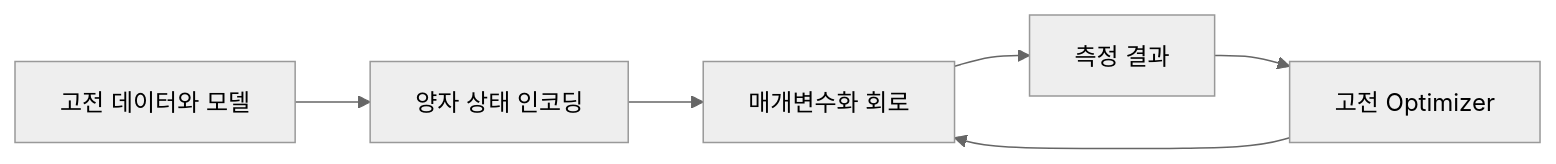
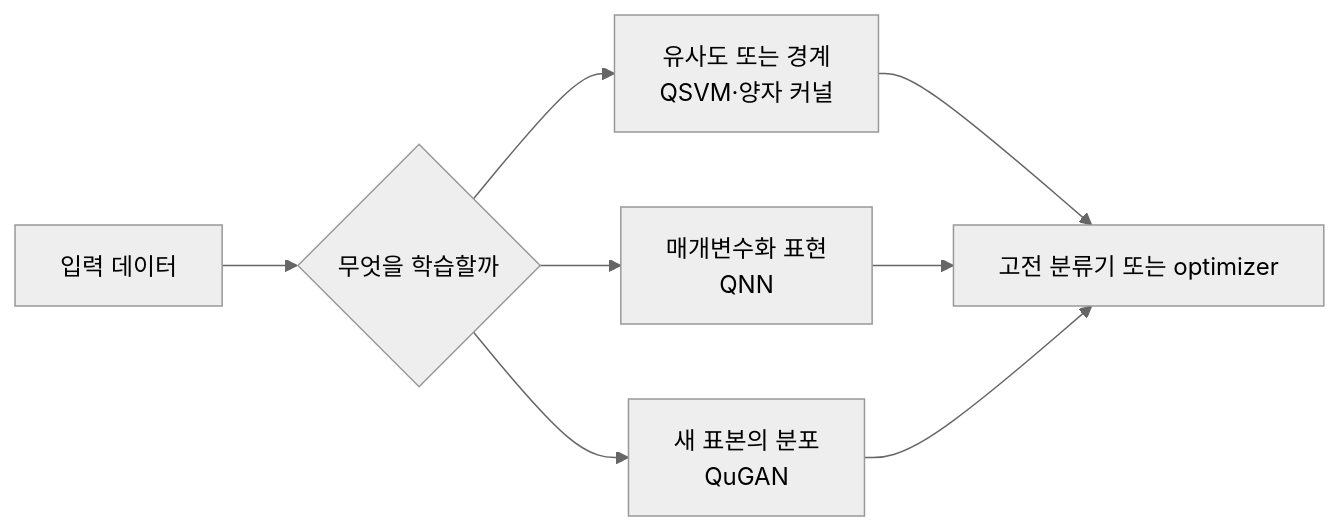
The diagram in ComputerScience/03_ai-ml-data/quantum-lecture/notes/04. 양자 머신러닝 알고리즘 소개 — QML.md (umyunsang/edu), drawn with Mermaid (neutral theme) before and after one commit. The commit also changed other lines of this file, not shown here.

````diff
--- a/ComputerScience/03_ai-ml-data/quantum-lecture/notes/04. 양자 머신러닝 알고리즘 소개 — QML.md
+++ b/ComputerScience/03_ai-ml-data/quantum-lecture/notes/04. 양자 머신러닝 알고리즘 소개 — QML.md
@@ -31,8 +121,10 @@
 ```mermaid
 flowchart LR
-  C["고전 데이터와 모델"] --> E["양자 상태 인코딩"]
-  E --> V["매개변수화 회로"]
-  V --> M["측정 결과"]
-  M --> O["고전 Optimizer"]
-  O --> V
+    A["입력 데이터"] --> B{"무엇을 학습할까"}
+    B --> C["유사도 또는 경계<br/>QSVM·양자 커널"]
+    B --> D["매개변수화 표현<br/>QNN"]
+    B --> E["새 표본의 분포<br/>QuGAN"]
+    C --> F["고전 분류기 또는 optimizer"]
+    D --> F
+    E --> F
 ```
````
